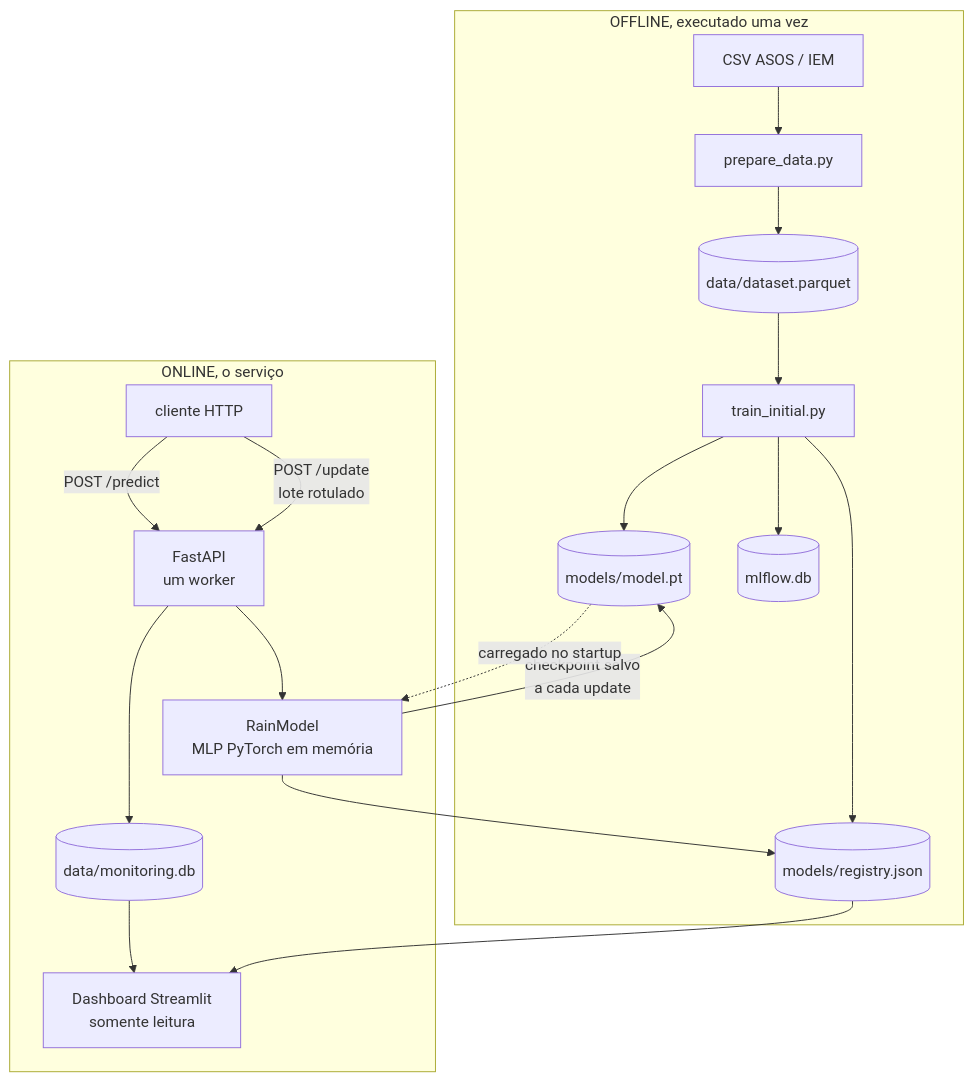
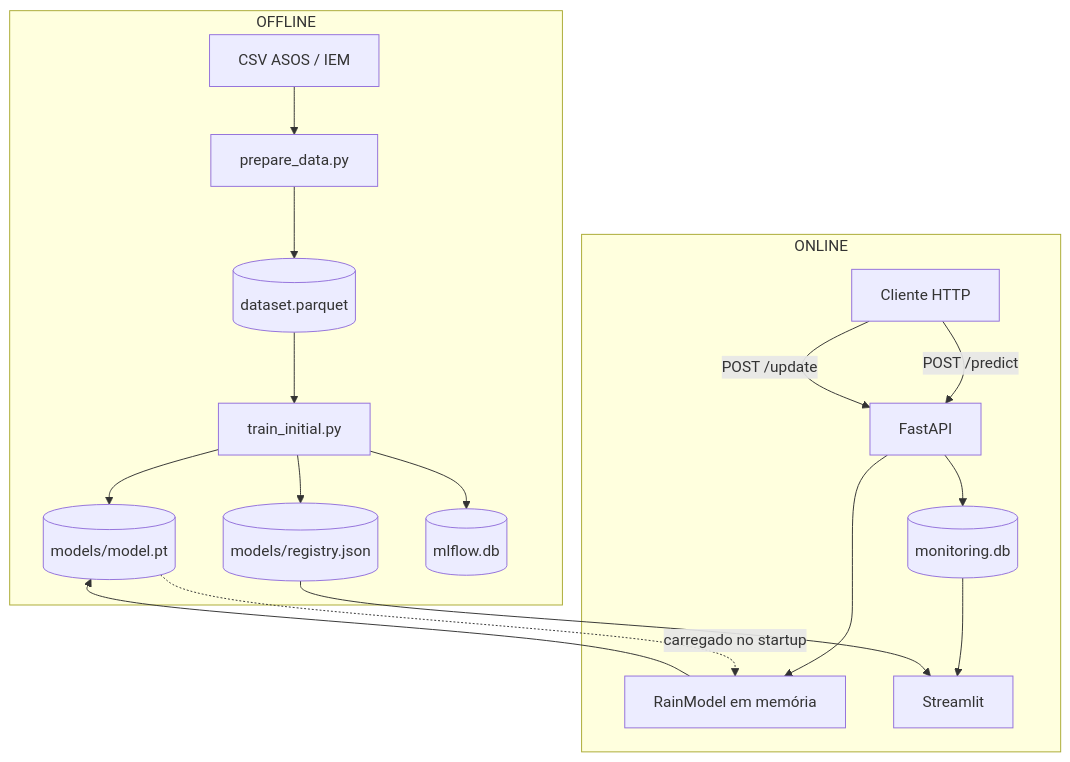
One commit to RodrigoSFMachado/rain_incremental_ml changed the diagram in README.md. Above: the diagram before and after it, drawn with Mermaid. The commit also changed other lines of this file and 15 other files, not shown here.

````diff
--- a/README.md
+++ b/README.md
@@ -118,24 +71,23 @@
 ```mermaid
 flowchart TD
-    subgraph OFFLINE["OFFLINE, executado uma vez"]
+    subgraph OFFLINE["OFFLINE"]
         CSV[CSV ASOS / IEM] --> PREP[prepare_data.py]
-        PREP --> DS[(data/dataset.parquet)]
+        PREP --> DS[(dataset.parquet)]
         DS --> TRAIN[train_initial.py]
         TRAIN --> MODEL[(models/model.pt)]
+        TRAIN --> REG[(models/registry.json)]
         TRAIN --> MLF[(mlflow.db)]
-        TRAIN --> REG[(models/registry.json)]
     end
 
-    subgraph ONLINE["ONLINE, o serviço"]
-        CLIENT[cliente HTTP] -->|POST /predict| API[FastAPI<br/>um worker]
-        CLIENT -->|POST /update<br/>lote rotulado| API
-        API --> RM[RainModel<br/>MLP PyTorch em memória]
-        RM -->|checkpoint salvo<br/>a cada update| MODEL
-        RM --> REG
-        API --> DB[(data/monitoring.db)]
-        DB --> DASH[Dashboard Streamlit<br/>somente leitura]
+    subgraph ONLINE["ONLINE"]
+        CLIENT[Cliente HTTP] -->|POST /predict| API[FastAPI]
+        CLIENT -->|POST /update| API
+        API --> RM[RainModel em memória]
+        RM --> MODEL
+        API --> DB[(monitoring.db)]
+        DB --> DASH[Streamlit]
         REG --> DASH
     end
 
-    MODEL -.carregado no startup.-> RM
+    MODEL -. carregado no startup .-> RM
 ```
````
